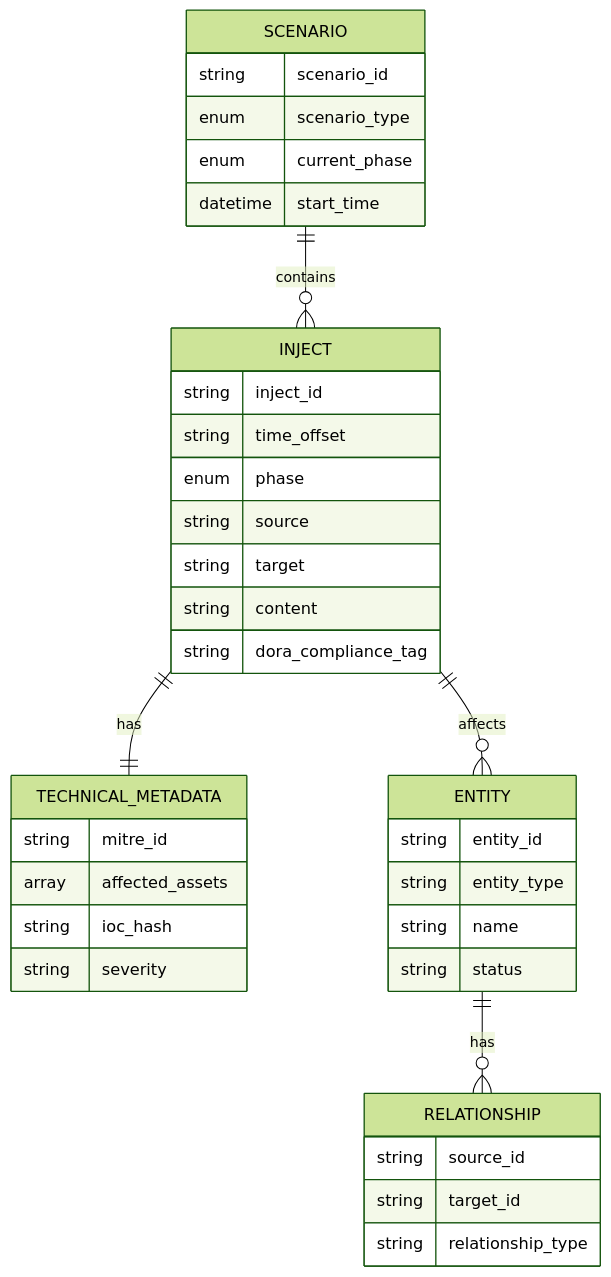
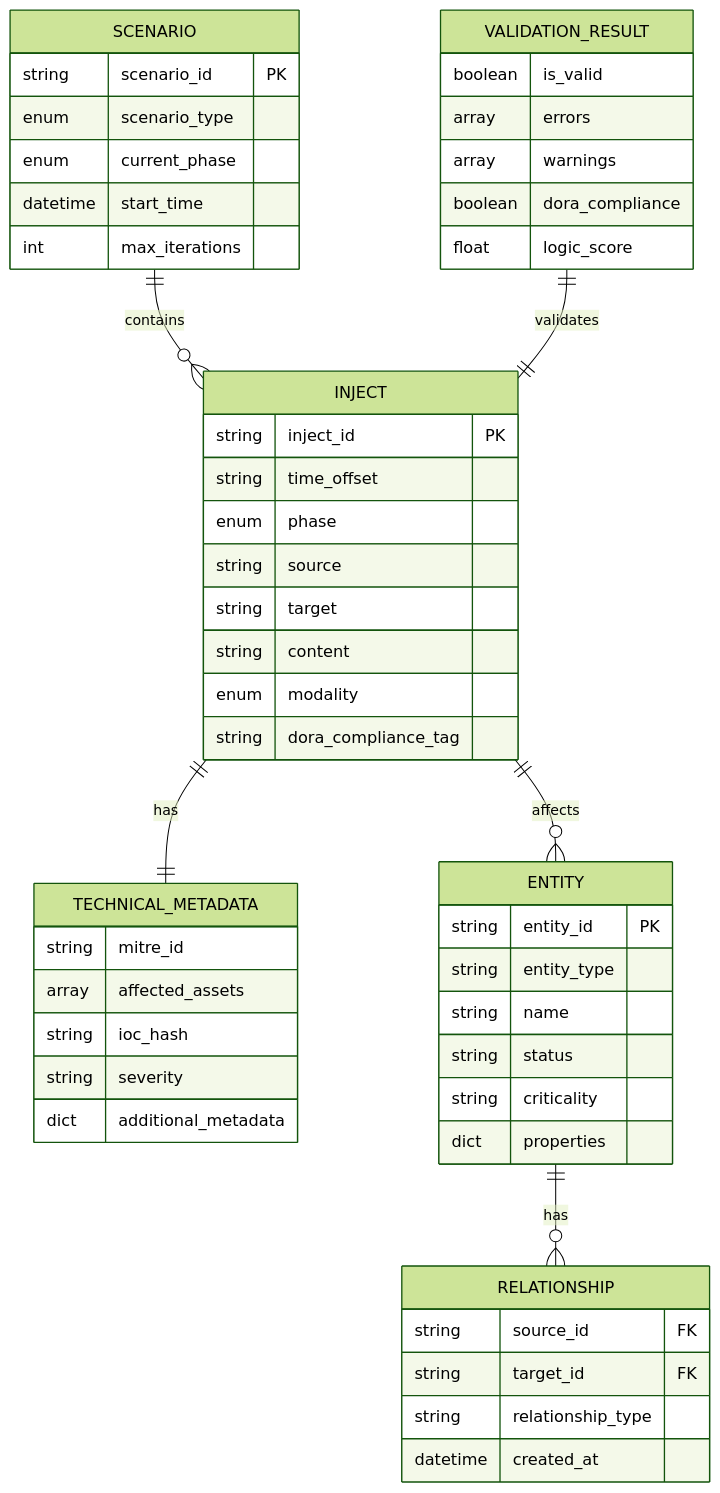
The fourth of 4 diagrams in ARCHITECTURE.md (FinnHai/Dora-Gen), drawn with Mermaid (forest theme) before and after one commit. The commit also changed other lines of this file and 12 other files, not shown here.

````diff
--- a/ARCHITECTURE.md
+++ b/ARCHITECTURE.md
@@ -306,44 +771,58 @@
 ```mermaid
 erDiagram
     SCENARIO ||--o{ INJECT : contains
     SCENARIO {
-        string scenario_id
+        string scenario_id PK
         enum scenario_type
         enum current_phase
         datetime start_time
+        int max_iterations
     }
     
     INJECT ||--|| TECHNICAL_METADATA : has
     INJECT {
-        string inject_id
+        string inject_id PK
         string time_offset
         enum phase
         string source
         string target
         string content
+        enum modality
         string dora_compliance_tag
     }
     
     TECHNICAL_METADATA {
         string mitre_id
         array affected_assets
         string ioc_hash
         string severity
+        dict additional_metadata
     }
     
     ENTITY ||--o{ RELATIONSHIP : has
     ENTITY {
-        string entity_id
+        string entity_id PK
         string entity_type
         string name
         string status
+        string criticality
+        dict properties
     }
     
     RELATIONSHIP {
-        string source_id
-        string target_id
+        string source_id FK
+        string target_id FK
         string relationship_type
+        datetime created_at
     }
     
     INJECT ||--o{ ENTITY : affects
+    VALIDATION_RESULT ||--|| INJECT : validates
+    VALIDATION_RESULT {
+        boolean is_valid
+        array errors
+        array warnings
+        boolean dora_compliance
+        float logic_score
+    }
 ```
````
